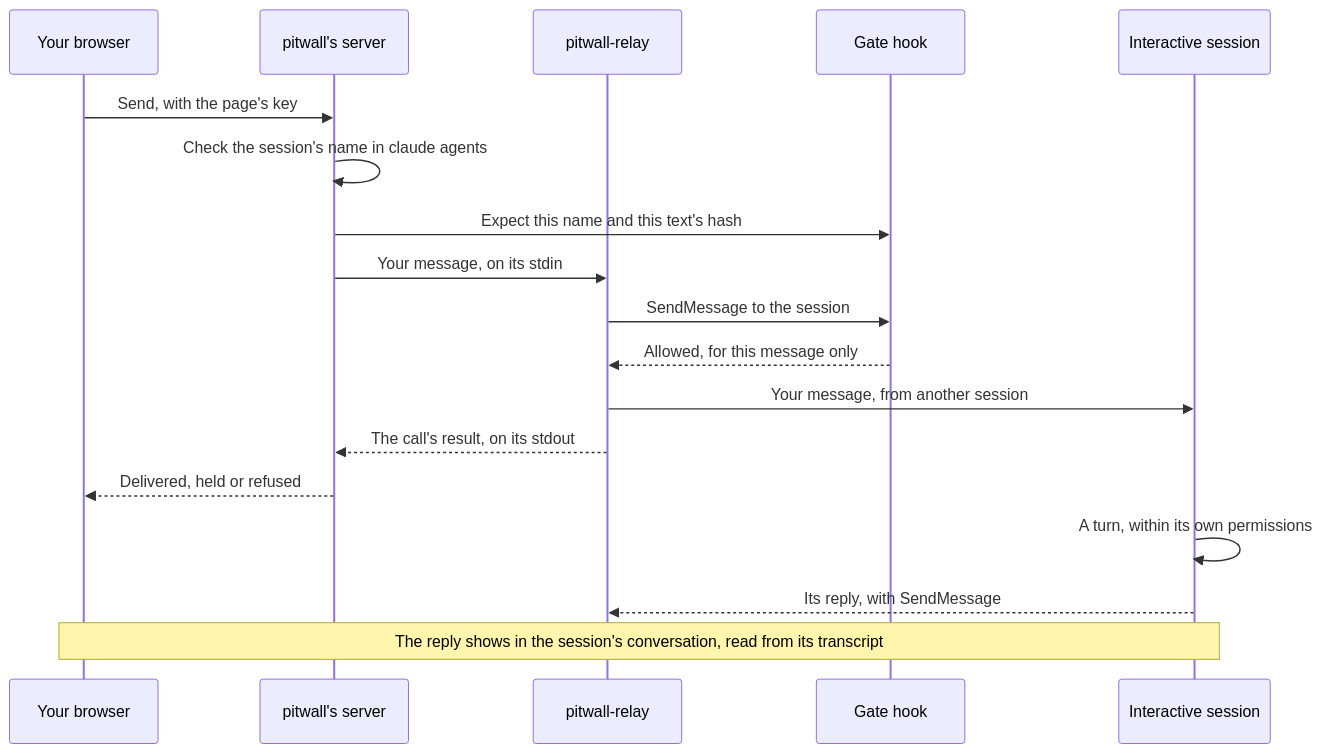
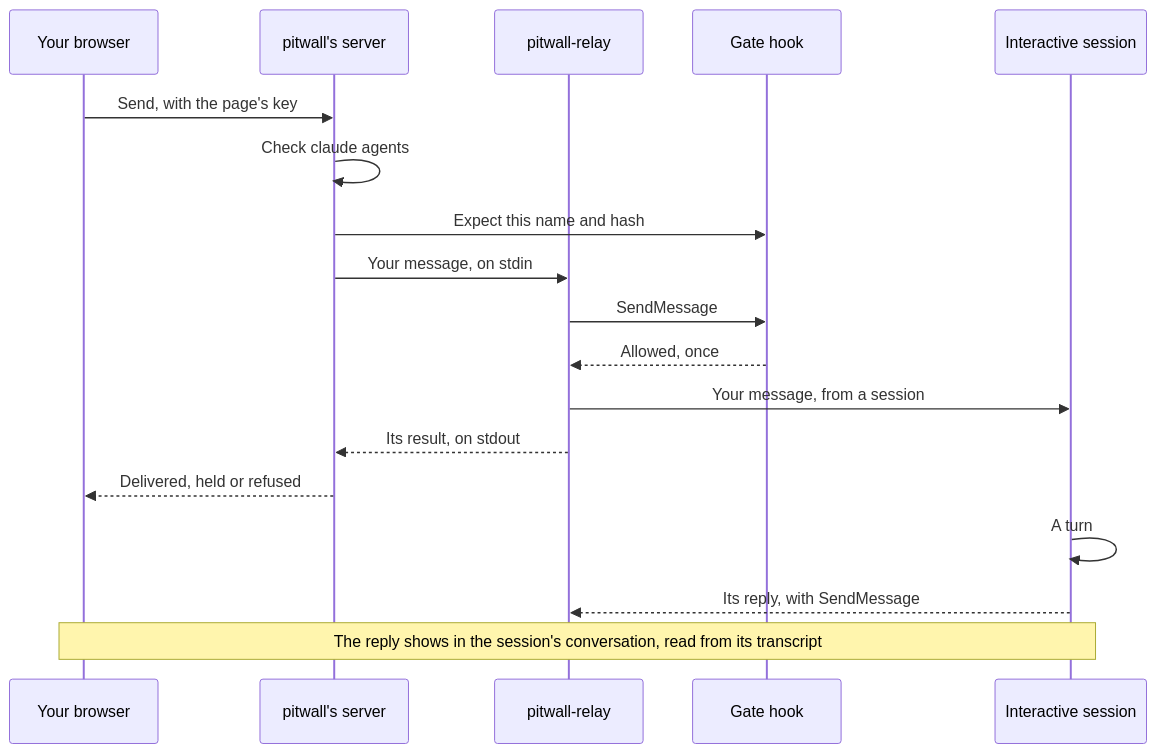
The second of 2 diagrams in README.md (leggetter/pitwall), drawn with Mermaid before and after one commit. The commit also changed other lines of this file, not shown here.

Commit message:
docs: a narrower sequence diagram, with its detail in the prose
GitHub drew the messaging sequence 1,415 px wide, shrinking its text to
about 60% in the page. Shorter labels and no long self-message bring it
to about 1,190 px in Mermaid 12, which is what GitHub's rendering
matched. The name check and "within its own permissions" move into the
paragraph above it.

````diff
--- a/README.md
+++ b/README.md
@@ -161,21 +161,21 @@
 ```mermaid
 sequenceDiagram
   participant page as Your browser
   participant server as pitwall's server
   participant relay as pitwall-relay
   participant gate as Gate hook
   participant session as Interactive session
 
   page->>server: Send, with the page's key
-  server->>server: Check the session's name in claude agents
-  server->>gate: Expect this name and this text's hash
-  server->>relay: Your message, on its stdin
-  relay->>gate: SendMessage to the session
-  gate-->>relay: Allowed, for this message only
-  relay->>session: Your message, from another session
-  relay-->>server: The call's result, on its stdout
+  server->>server: Check claude agents
+  server->>gate: Expect this name and hash
+  server->>relay: Your message, on stdin
+  relay->>gate: SendMessage
+  gate-->>relay: Allowed, once
+  relay->>session: Your message, from a session
+  relay-->>server: Its result, on stdout
   server-->>page: Delivered, held or refused
-  session->>session: A turn, within its own permissions
+  session->>session: A turn
   session-->>relay: Its reply, with SendMessage
   Note over page,session: The reply shows in the session's conversation, read from its transcript
 ```
````
